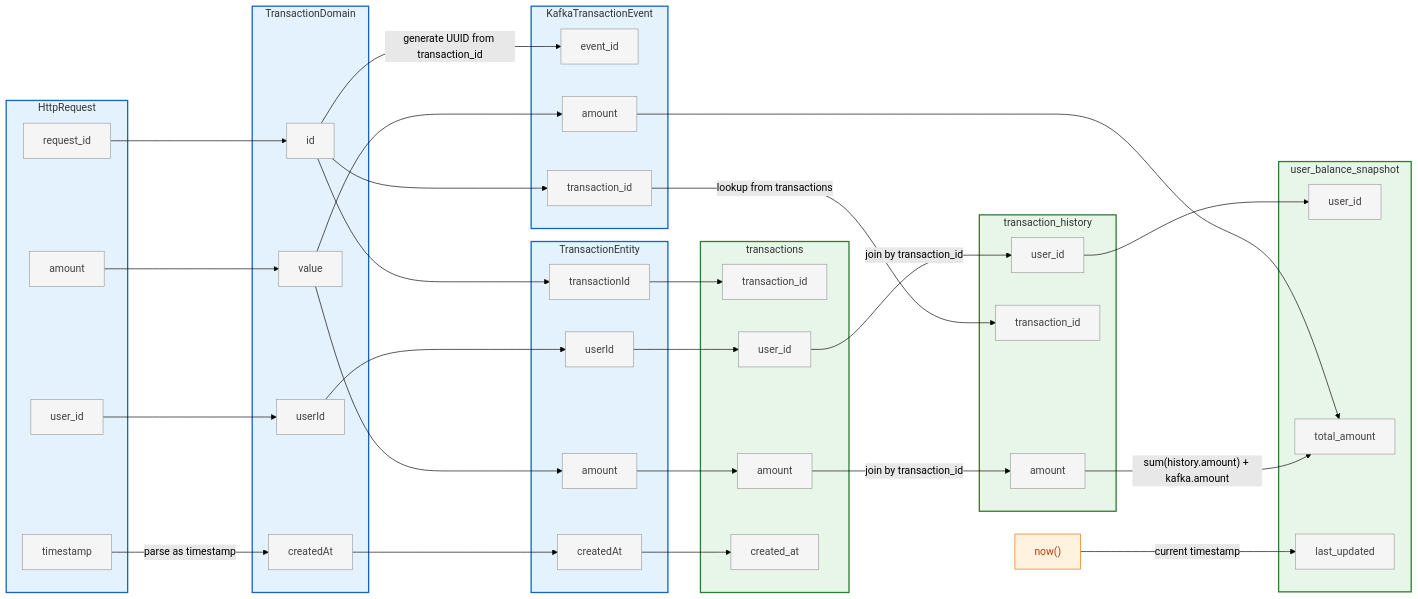
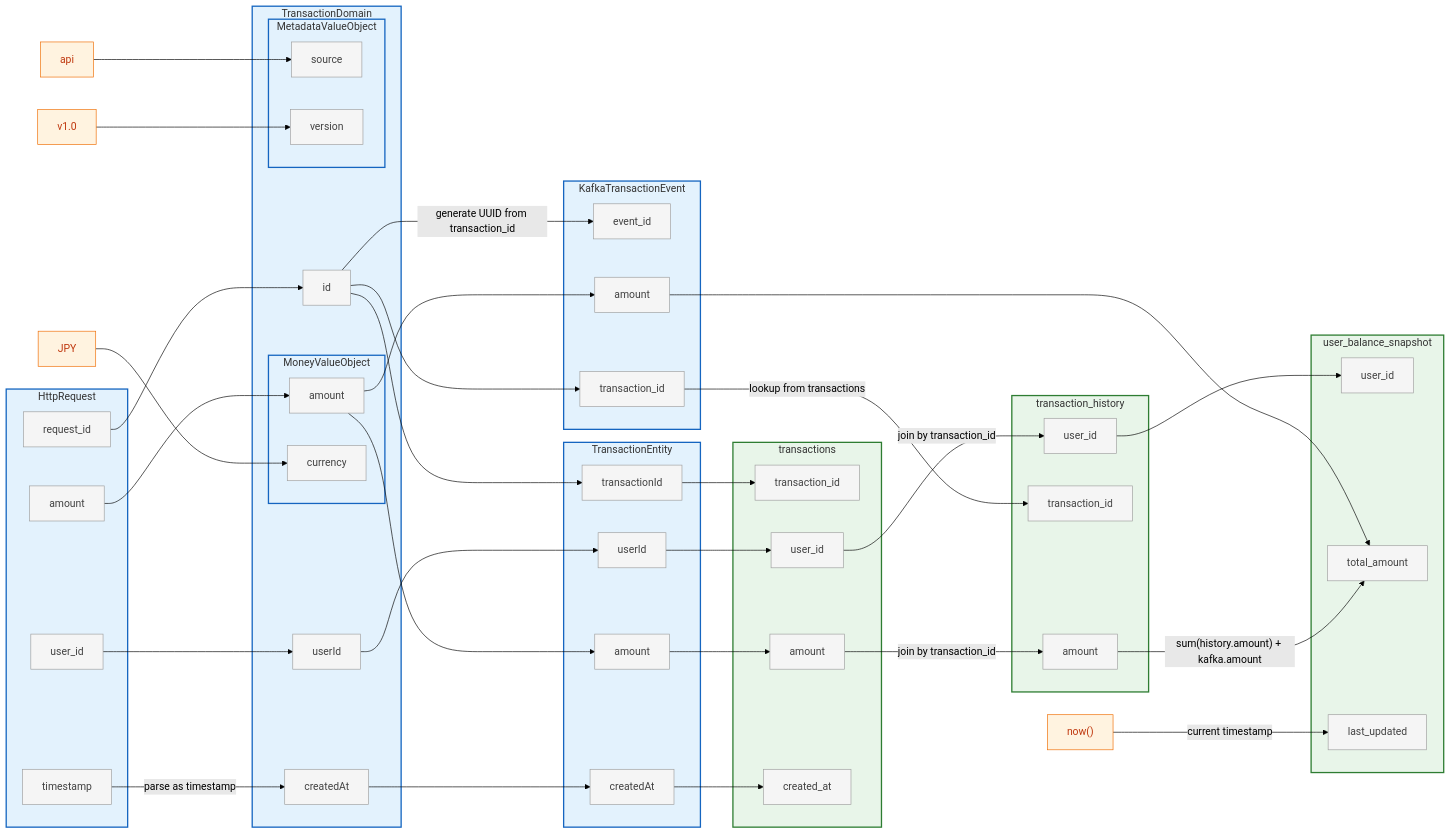
The diagram in README.md (suwa-sh/lineage-to-graph), drawn with Mermaid (forest theme) before and after one commit. The commit also changed other lines of this file and 4 other files, not shown here.

```diff
--- a/README.md
+++ b/README.md
@@ -15,66 +15,82 @@
   classDef property fill:#F5F5F5,stroke:#9E9E9E,stroke-width:1px,color:#424242;
   classDef literal fill:#FFF3E0,stroke:#EF6C00,stroke-width:1px,color:#BF360C;
 
-  subgraph HttpRequest[HttpRequest]
-    HttpRequest_request_id["request_id"]:::property
-    HttpRequest_user_id["user_id"]:::property
-    HttpRequest_amount["amount"]:::property
-    HttpRequest_timestamp["timestamp"]:::property
-  end
-  class HttpRequest program_bg
+    subgraph HttpRequest[HttpRequest]
+      HttpRequest_request_id["request_id"]:::property
+      HttpRequest_user_id["user_id"]:::property
+      HttpRequest_amount["amount"]:::property
+      HttpRequest_timestamp["timestamp"]:::property
+    end
+    class HttpRequest program_bg
 
-  subgraph TransactionDomain[TransactionDomain]
-    TransactionDomain_id["id"]:::property
-    TransactionDomain_userId["userId"]:::property
-    TransactionDomain_value["value"]:::property
-    TransactionDomain_createdAt["createdAt"]:::property
-  end
-  class TransactionDomain program_bg
+    subgraph TransactionDomain[TransactionDomain]
+      TransactionDomain_id["id"]:::property
+      TransactionDomain_userId["userId"]:::property
+      TransactionDomain_createdAt["createdAt"]:::property
 
-  subgraph TransactionEntity[TransactionEntity]
-    TransactionEntity_transactionId["transactionId"]:::property
-    TransactionEntity_userId["userId"]:::property
-    TransactionEntity_amount["amount"]:::property
-    TransactionEntity_createdAt["createdAt"]:::property
-  end
-  class TransactionEntity program_bg
+      subgraph TransactionDomain_MoneyValueObject[MoneyValueObject]
+        TransactionDomain_MoneyValueObject_amount["amount"]:::property
+        TransactionDomain_MoneyValueObject_currency["currency"]:::property
+      end
+      class TransactionDomain_MoneyValueObject program_bg
+      subgraph TransactionDomain_MetadataValueObject[MetadataValueObject]
+        TransactionDomain_MetadataValueObject_source["source"]:::property
+        TransactionDomain_MetadataValueObject_version["version"]:::property
+      end
+      class TransactionDomain_MetadataValueObject program_bg
+    end
+    class TransactionDomain program_bg
 
-  subgraph transactions[transactions]
-    transactions_transaction_id["transaction_id"]:::property
-    transactions_user_id["user_id"]:::property
-    transactions_amount["amount"]:::property
-    transactions_created_at["created_at"]:::property
-  end
-  class transactions datastore_bg
+    subgraph TransactionEntity[TransactionEntity]
+      TransactionEntity_transactionId["transactionId"]:::property
+      TransactionEntity_userId["userId"]:::property
+      TransactionEntity_amount["amount"]:::property
+      TransactionEntity_createdAt["createdAt"]:::property
+    end
+    class TransactionEntity program_bg
 
-  subgraph KafkaTransactionEvent[KafkaTransactionEvent]
-    KafkaTransactionEvent_event_id["event_id"]:::property
-    KafkaTransactionEvent_transaction_id["transaction_id"]:::property
-    KafkaTransactionEvent_amount["amount"]:::property
-  end
-  class KafkaTransactionEvent program_bg
+    subgraph transactions[transactions]
+      transactions_transaction_id["transaction_id"]:::property
+      transactions_user_id["user_id"]:::property
+      transactions_amount["amount"]:::property
+      transactions_created_at["created_at"]:::property
+    end
+    class transactions datastore_bg
 
-  subgraph transaction_history[transaction_history]
-    transaction_history_user_id["user_id"]:::property
-    transaction_history_transaction_id["transaction_id"]:::property
-    transaction_history_amount["amount"]:::property
-  end
-  class transaction_history datastore_bg
+    subgraph KafkaTransactionEvent[KafkaTransactionEvent]
+      KafkaTransactionEvent_event_id["event_id"]:::property
+      KafkaTransactionEvent_transaction_id["transaction_id"]:::property
+      KafkaTransactionEvent_amount["amount"]:::property
+    end
+    class KafkaTransactionEvent program_bg
 
-  subgraph user_balance_snapshot[user_balance_snapshot]
-    user_balance_snapshot_user_id["user_id"]:::property
-    user_balance_snapshot_total_amount["total_amount"]:::property
-    user_balance_snapshot_last_updated["last_updated"]:::property
-  end
-  class user_balance_snapshot datastore_bg
+    subgraph transaction_history[transaction_history]
+      transaction_history_user_id["user_id"]:::property
+      transaction_history_transaction_id["transaction_id"]:::property
+      transaction_history_amount["amount"]:::property
+    end
+    class transaction_history datastore_bg
+
+    subgraph user_balance_snapshot[user_balance_snapshot]
+      user_balance_snapshot_user_id["user_id"]:::property
+      user_balance_snapshot_total_amount["total_amount"]:::property
+      user_balance_snapshot_last_updated["last_updated"]:::property
+    end
+    class user_balance_snapshot datastore_bg
 
   HttpRequest_request_id --> TransactionDomain_id
   HttpRequest_user_id --> TransactionDomain_userId
-  HttpRequest_amount --> TransactionDomain_value
+  HttpRequest_amount --> TransactionDomain_MoneyValueObject_amount
+  lit_JPY["JPY"]:::literal
+  lit_JPY --> TransactionDomain_MoneyValueObject_currency
   HttpRequest_timestamp -->|"parse as timestamp"| TransactionDomain_createdAt
+  lit_api["api"]:::literal
+  lit_api --> TransactionDomain_MetadataValueObject_source
+  lit_v1_0["v1.0"]:::literal
+  lit_v1_0 --> TransactionDomain_MetadataValueObject_version
   TransactionDomain_id --> TransactionEntity_transactionId
   TransactionDomain_userId --> TransactionEntity_userId
-  TransactionDomain_value --> TransactionEntity_amount
+  TransactionDomain_MoneyValueObject_amount --> TransactionEntity_amount
   TransactionDomain_createdAt --> TransactionEntity_createdAt
   TransactionEntity_transactionId --> transactions_transaction_id
   TransactionEntity_userId --> transactions_user_id
@@ -82,7 +98,7 @@
   TransactionEntity_createdAt --> transactions_created_at
   TransactionDomain_id --> KafkaTransactionEvent_transaction_id
   TransactionDomain_id -->|"generate UUID from transaction_id"| KafkaTransactionEvent_event_id
-  TransactionDomain_value --> KafkaTransactionEvent_amount
+  TransactionDomain_MoneyValueObject_amount --> KafkaTransactionEvent_amount
   KafkaTransactionEvent_transaction_id -->|"lookup from transactions"| transaction_history_transaction_id
   transactions_user_id -->|"join by transaction_id"| transaction_history_user_id
   transactions_amount -->|"join by transaction_id"| transaction_history_amount
```
